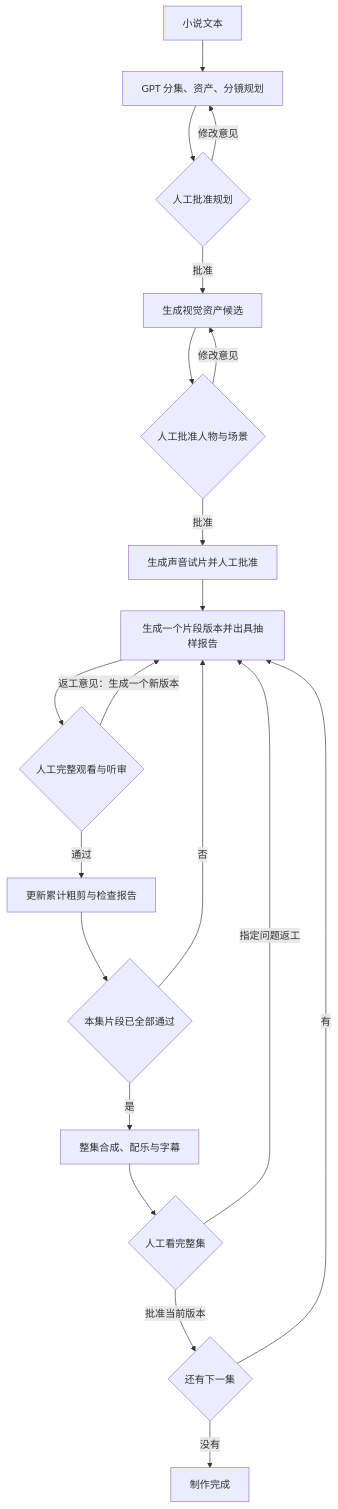
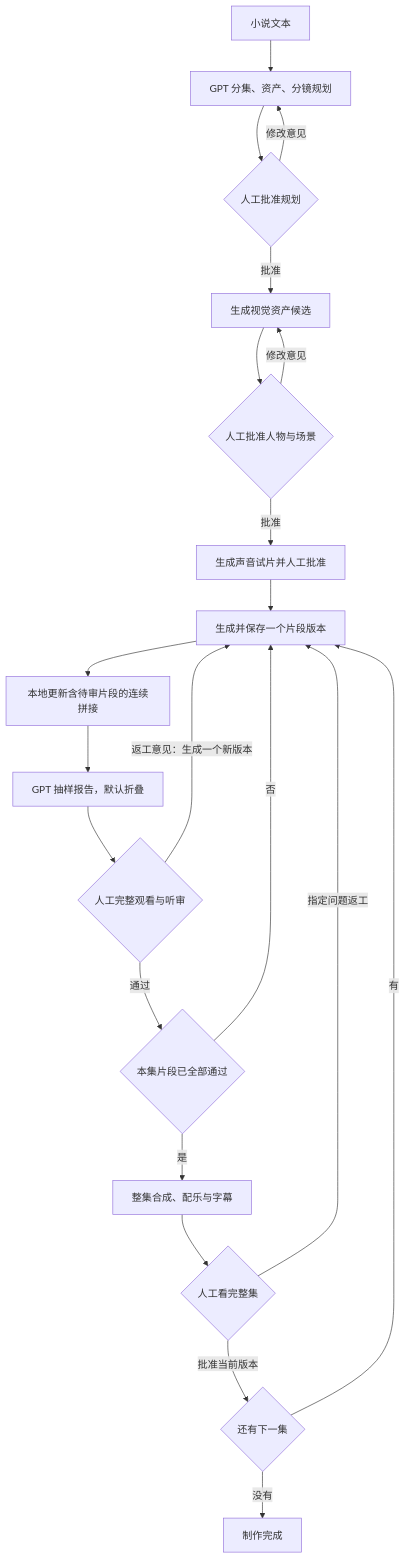
One commit to jiantianshu2021/Nolan changed the diagram in docs/architecture.md. Above: the diagram before and after it, drawn with Mermaid. The commit also changed other lines of this file and 11 other files, not shown here.

````diff
--- a/docs/architecture.md
+++ b/docs/architecture.md
@@ -19,22 +19,23 @@
 ```mermaid
 flowchart TD
     A[小说文本] --> B[GPT 分集、资产、分镜规划]
     B --> C{人工批准规划}
     C -->|修改意见| B
     C -->|批准| D[生成视觉资产候选]
     D --> E{人工批准人物与场景}
     E -->|修改意见| D
     E -->|批准| F[生成声音试片并人工批准]
-    F --> G[生成一个片段版本并出具抽样报告]
-    G --> M{人工完整观看与听审}
+    F --> G[生成并保存一个片段版本]
+    G --> H[本地更新含待审片段的连续拼接]
+    H --> R[GPT 抽样报告，默认折叠]
+    R --> M{人工完整观看与听审}
     M -->|返工意见：生成一个新版本| G
-    M -->|通过| H[更新累计粗剪与检查报告]
-    H --> N{本集片段已全部通过}
+    M -->|通过| N{本集片段已全部通过}
     N -->|否| G
     N -->|是| I[整集合成、配乐与字幕]
     I --> J{人工看完整集}
     J -->|指定问题返工| G
     J -->|批准当前版本| K{还有下一集}
     K -->|有| G
     K -->|没有| L[制作完成]
 ```
````
